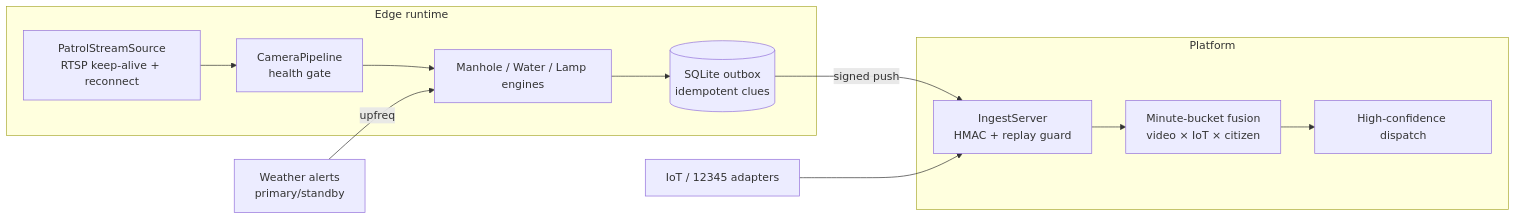
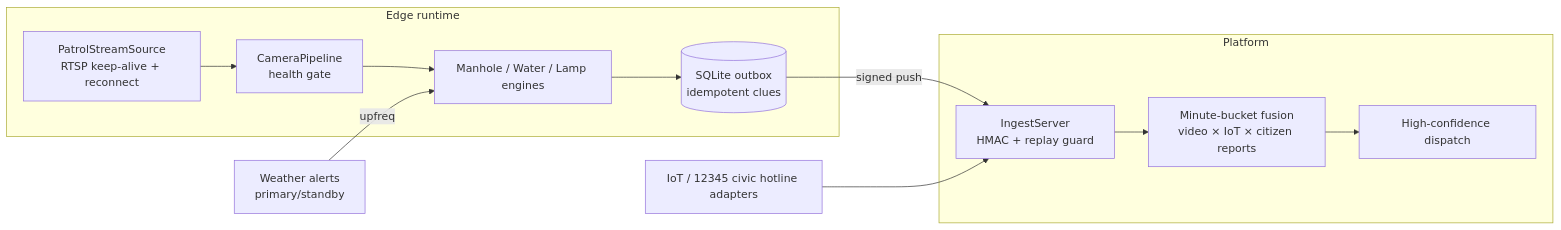
One commit to hi-agi-lab/ai-life-line changed the diagram in README_en.md. Above: the diagram before and after it, drawn with Mermaid. The commit also changed other lines of this file and 2 other files, not shown here.

Commit message:
Enterprise-grade README polish: fix language links, unify lifeline-guard naming, adopt Apache-2.0, de-link unreleased files, align CN/EN content

````diff
--- a/README_en.md
+++ b/README_en.md
@@ -98,15 +109,15 @@
 ```mermaid
 flowchart LR
     subgraph EDGE[Edge runtime]
-        SRC[PatrolStreamSource\nRTSP keep-alive + reconnect] --> PIPE[CameraPipeline\nhealth gate]
+        SRC[PatrolStreamSource<br/>RTSP keep-alive + reconnect] --> PIPE[CameraPipeline<br/>health gate]
         PIPE --> ENG[Manhole / Water / Lamp engines]
-        ENG --> OBX[(SQLite outbox\nidempotent clues)]
+        ENG --> OBX[(SQLite outbox<br/>idempotent clues)]
     end
     subgraph PLATFORM[Platform]
-        ING[IngestServer\nHMAC + replay guard] --> FUS[Minute-bucket fusion\nvideo × IoT × citizen]
+        ING[IngestServer<br/>HMAC + replay guard] --> FUS[Minute-bucket fusion<br/>video × IoT × citizen reports]
         FUS --> DISP[High-confidence dispatch]
     end
     OBX -->|signed push| ING
-    WX[Weather alerts\nprimary/standby] -->|upfreq| ENG
-    SENS[IoT / 12345 adapters] --> ING
+    WX[Weather alerts<br/>primary/standby] -->|upfreq| ENG
+    SENS[IoT / 12345 civic hotline adapters] --> ING
 ```
````
